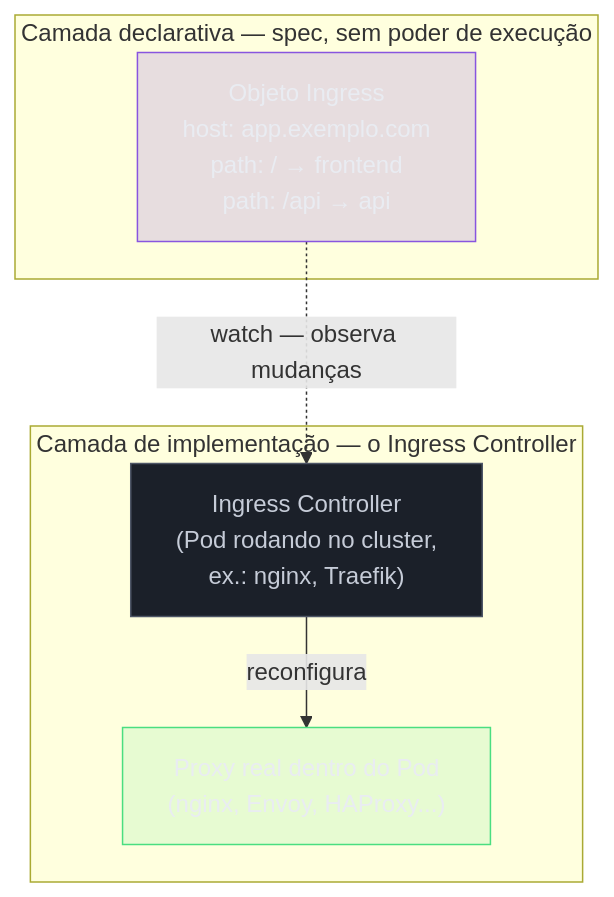
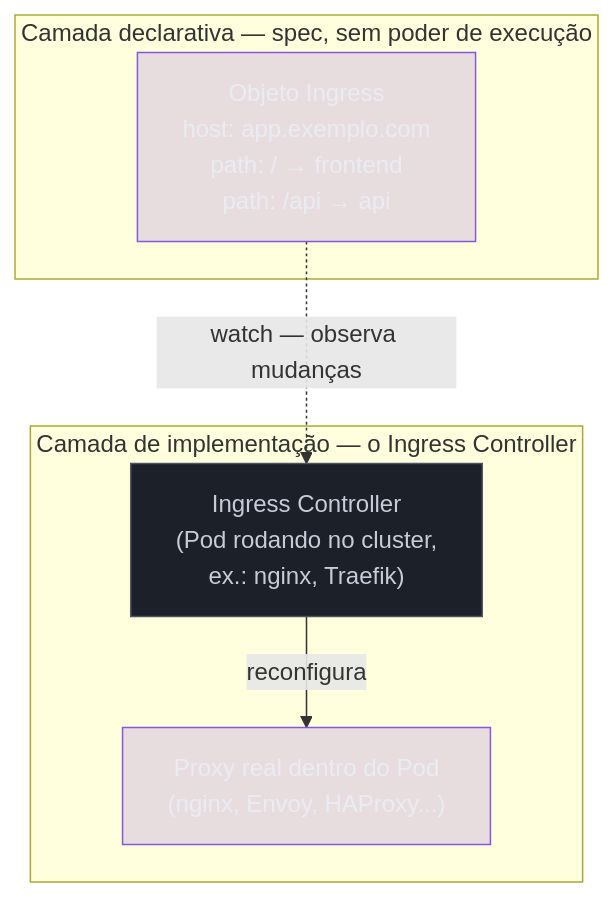
Before and after one commit to josenaldo/codex-technomanticus: the first of 3 diagrams in 03-Dominios/Tecnologia/Infraestrutura/Kubernetes/15 - Ingress e a borda do cluster.md, drawn with Mermaid. The commit also changed other lines of this file and 601 other files, not shown here.

````diff
--- a/03-Dominios/Tecnologia/Infraestrutura/Kubernetes/15 - Ingress e a borda do cluster.md
+++ b/03-Dominios/Tecnologia/Infraestrutura/Kubernetes/15 - Ingress e a borda do cluster.md
@@ -29,21 +29,20 @@
 ```mermaid
 graph TB
     classDef marca fill:#8855DF33,stroke:#8855DF,color:#E9ECF2
     classDef neutro fill:#1B2029,stroke:#4E5666,color:#C6CCD8
-    classDef ok fill:#4ADE8021,stroke:#4ADE80,color:#E9ECF2
     subgraph Decl["Camada declarativa — spec, sem poder de execução"]
         ING["Objeto Ingress<br/>host: app.exemplo.com<br/>path: / → frontend<br/>path: /api → api"]
     end
 
     subgraph Impl["Camada de implementação — o Ingress Controller"]
         CTRL["Ingress Controller<br/>(Pod rodando no cluster,<br/>ex.: nginx, Traefik)"]
         PROXY["Proxy real dentro do Pod<br/>(nginx, Envoy, HAProxy...)"]
     end
 
     ING -.->|"watch — observa mudanças"| CTRL
     CTRL -->|"reconfigura"| PROXY
 
     class ING marca
     class CTRL neutro
-    class PROXY ok
+    class PROXY marca
 ```
````
